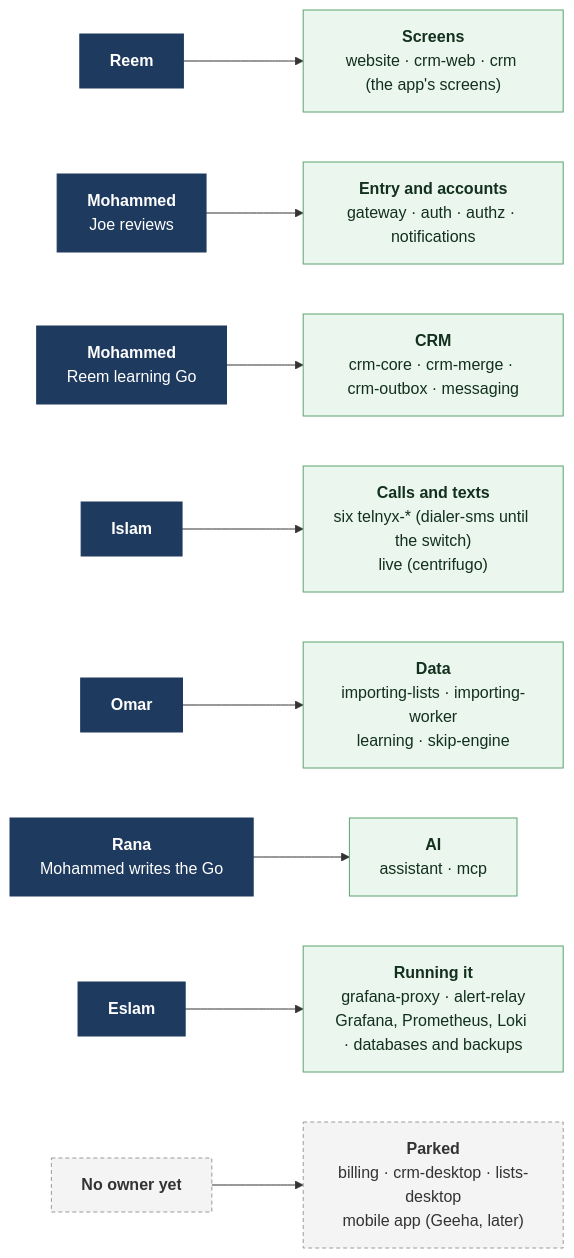
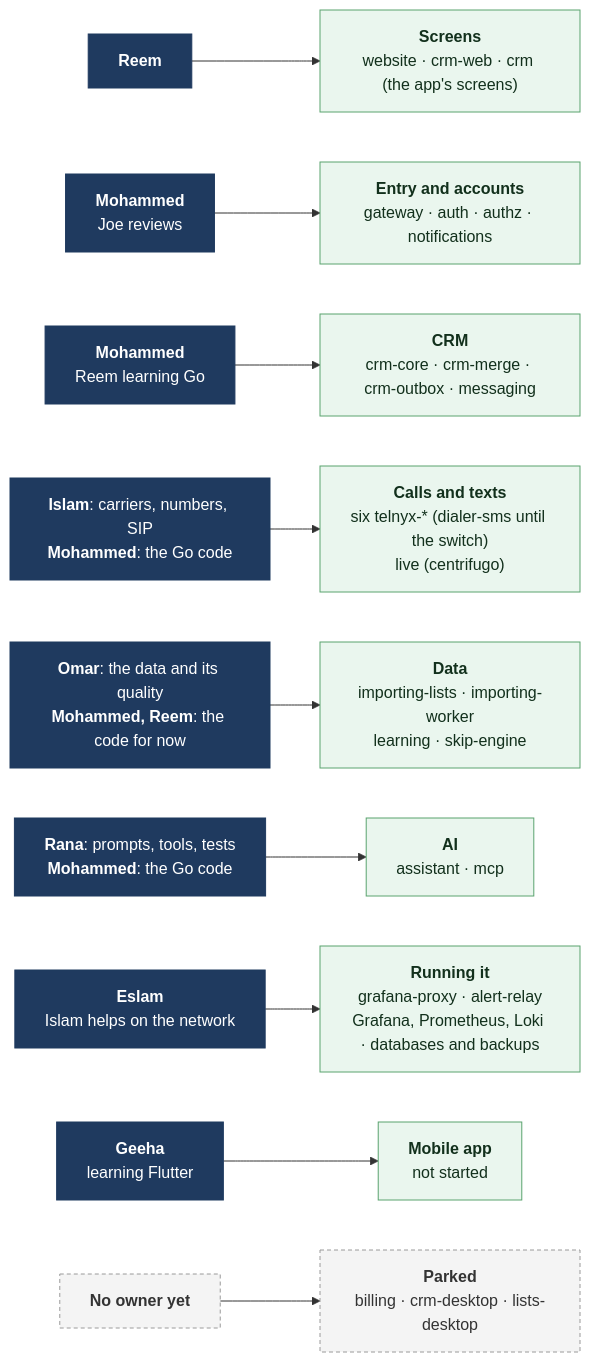
The third of 5 diagrams in docs/team/README.md (Mohammed-HeshamMohammed/Turf), drawn with Mermaid before and after one commit. The commit also changed other lines of this file and 2 other files, not shown here.

First line of the commit message:
Team: rethought from Mohammed's answers

````diff
--- a/docs/team/README.md
+++ b/docs/team/README.md
@@ -116,18 +116,19 @@
 ```mermaid
 flowchart LR
     O1["<b>Reem</b>"] --> A1["<b>Screens</b><br/>website · crm-web · crm (the app's screens)"]
     O2["<b>Mohammed</b><br/>Joe reviews"] --> A2["<b>Entry and accounts</b><br/>gateway · auth · authz · notifications"]
     O3["<b>Mohammed</b><br/>Reem learning Go"] --> A3["<b>CRM</b><br/>crm-core · crm-merge · crm-outbox · messaging"]
-    O4["<b>Islam</b>"] --> A4["<b>Calls and texts</b><br/>six telnyx-* (dialer-sms until the switch)<br/>live (centrifugo)"]
-    O5["<b>Omar</b>"] --> A5["<b>Data</b><br/>importing-lists · importing-worker<br/>learning · skip-engine"]
-    O6["<b>Rana</b><br/>Mohammed writes the Go"] --> A6["<b>AI</b><br/>assistant · mcp"]
-    O7["<b>Eslam</b>"] --> A7["<b>Running it</b><br/>grafana-proxy · alert-relay<br/>Grafana, Prometheus, Loki · databases and backups"]
-    O8["<b>No owner yet</b>"] --> A8["<b>Parked</b><br/>billing · crm-desktop · lists-desktop<br/>mobile app (Geeha, later)"]
+    O4["<b>Islam</b>: carriers, numbers, SIP<br/><b>Mohammed</b>: the Go code"] --> A4["<b>Calls and texts</b><br/>six telnyx-* (dialer-sms until the switch)<br/>live (centrifugo)"]
+    O5["<b>Omar</b>: the data and its quality<br/><b>Mohammed, Reem</b>: the code for now"] --> A5["<b>Data</b><br/>importing-lists · importing-worker<br/>learning · skip-engine"]
+    O6["<b>Rana</b>: prompts, tools, tests<br/><b>Mohammed</b>: the Go code"] --> A6["<b>AI</b><br/>assistant · mcp"]
+    O7["<b>Eslam</b><br/>Islam helps on the network"] --> A7["<b>Running it</b><br/>grafana-proxy · alert-relay<br/>Grafana, Prometheus, Loki · databases and backups"]
+    O8["<b>Geeha</b><br/>learning Flutter"] --> A8["<b>Mobile app</b><br/>not started"]
+    O9["<b>No owner yet</b>"] --> A9["<b>Parked</b><br/>billing · crm-desktop · lists-desktop"]
 
     classDef person fill:#1f3a5f,stroke:#1f3a5f,color:#ffffff
     classDef area fill:#eaf6ee,stroke:#5aa36f,color:#12301c
     classDef none fill:#f4f4f4,stroke:#9a9a9a,color:#333333,stroke-dasharray:4 3
-    class O1,O2,O3,O4,O5,O6,O7 person
-    class A1,A2,A3,A4,A5,A6,A7 area
-    class O8,A8 none
+    class O1,O2,O3,O4,O5,O6,O7,O8 person
+    class A1,A2,A3,A4,A5,A6,A7,A8 area
+    class O9,A9 none
 ```
````
